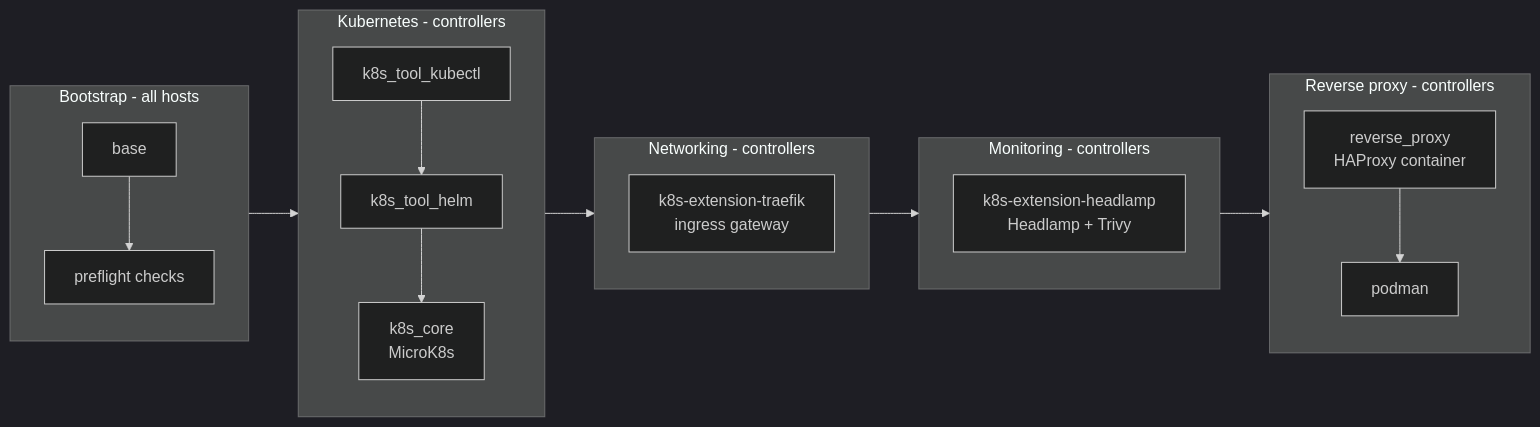
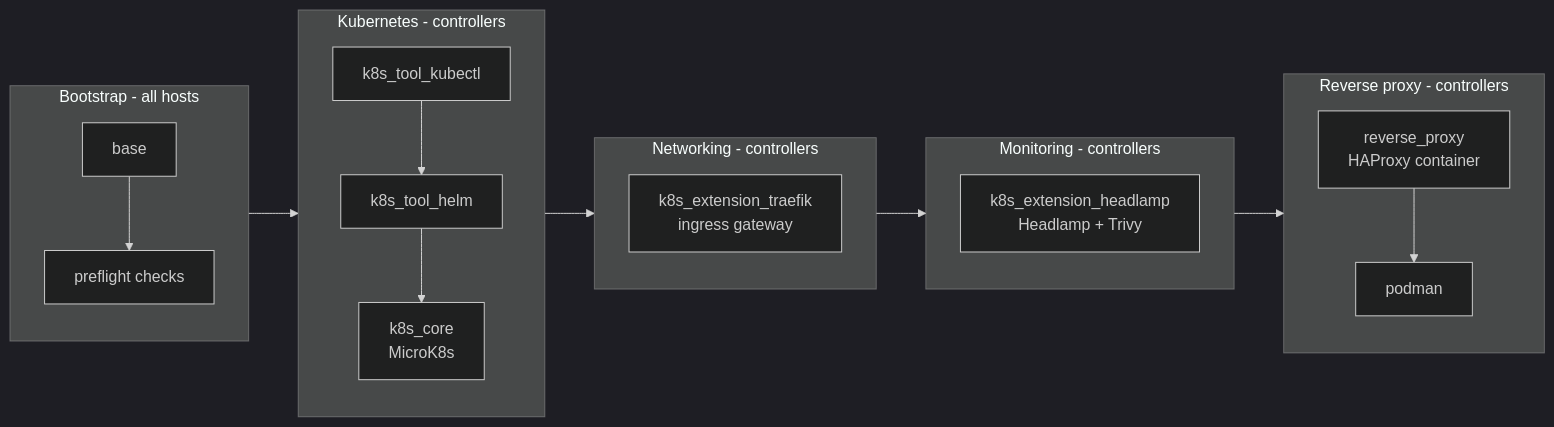
Before and after one commit to this-oliver/homelab: the first of 5 diagrams in docs/architecture.md, drawn with Mermaid (dark theme). The commit also changed other lines of this file and 6 other files, not shown here.

````diff
--- a/docs/architecture.md
+++ b/docs/architecture.md
@@ -16,31 +16,31 @@
 ```mermaid
 flowchart LR
     subgraph P1[Bootstrap - all hosts]
         base[base]
         preflight[preflight checks]
         base --> preflight
     end
 
     subgraph P2[Kubernetes - controllers]
         kubectl[k8s_tool_kubectl]
         helm[k8s_tool_helm]
         core[k8s_core<br/>MicroK8s]
         kubectl --> helm --> core
     end
 
     subgraph P3[Networking - controllers]
-        traefik[k8s-extension-traefik<br/>ingress gateway]
+        traefik[k8s_extension_traefik<br/>ingress gateway]
     end
 
     subgraph P4[Monitoring - controllers]
-        headlamp[k8s-extension-headlamp<br/>Headlamp + Trivy]
+        headlamp[k8s_extension_headlamp<br/>Headlamp + Trivy]
     end
 
     subgraph P5[Reverse proxy - controllers]
         haproxy[reverse_proxy<br/>HAProxy container]
         podman[podman]
         haproxy --> podman
     end
 
     P1 --> P2 --> P3 --> P4 --> P5
 ```
````
